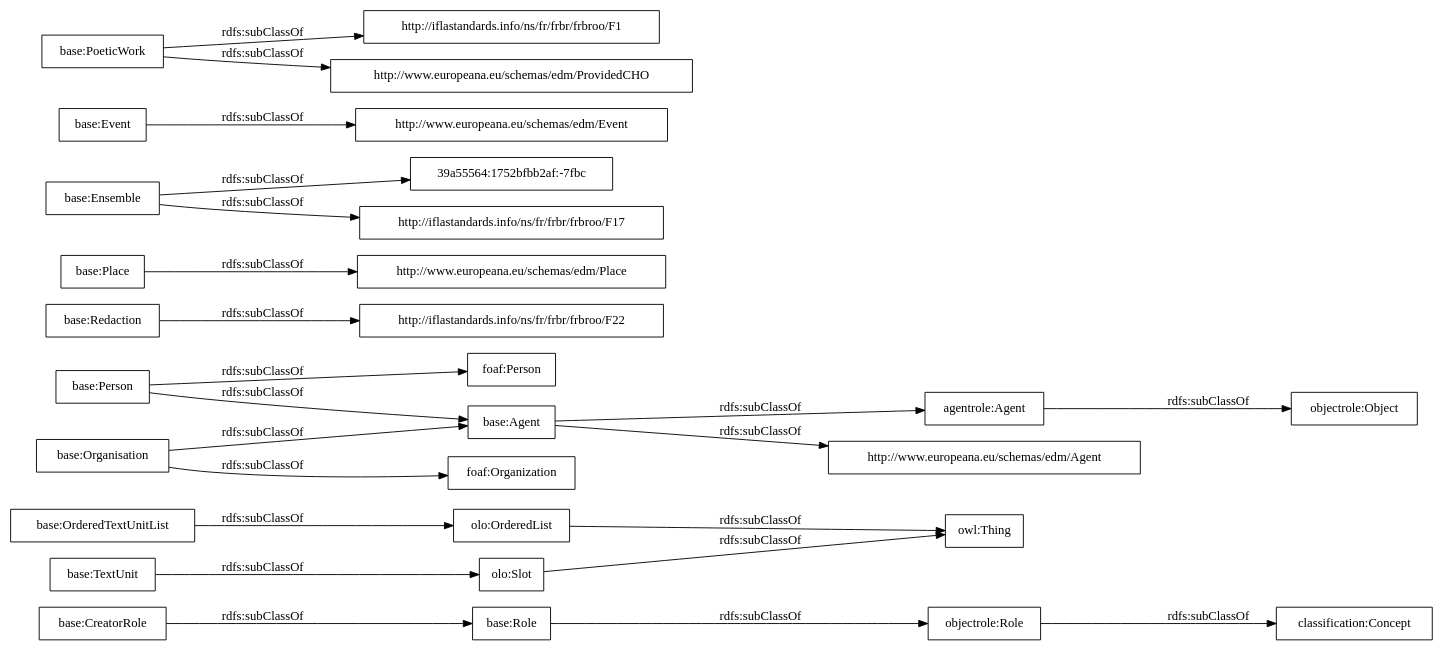
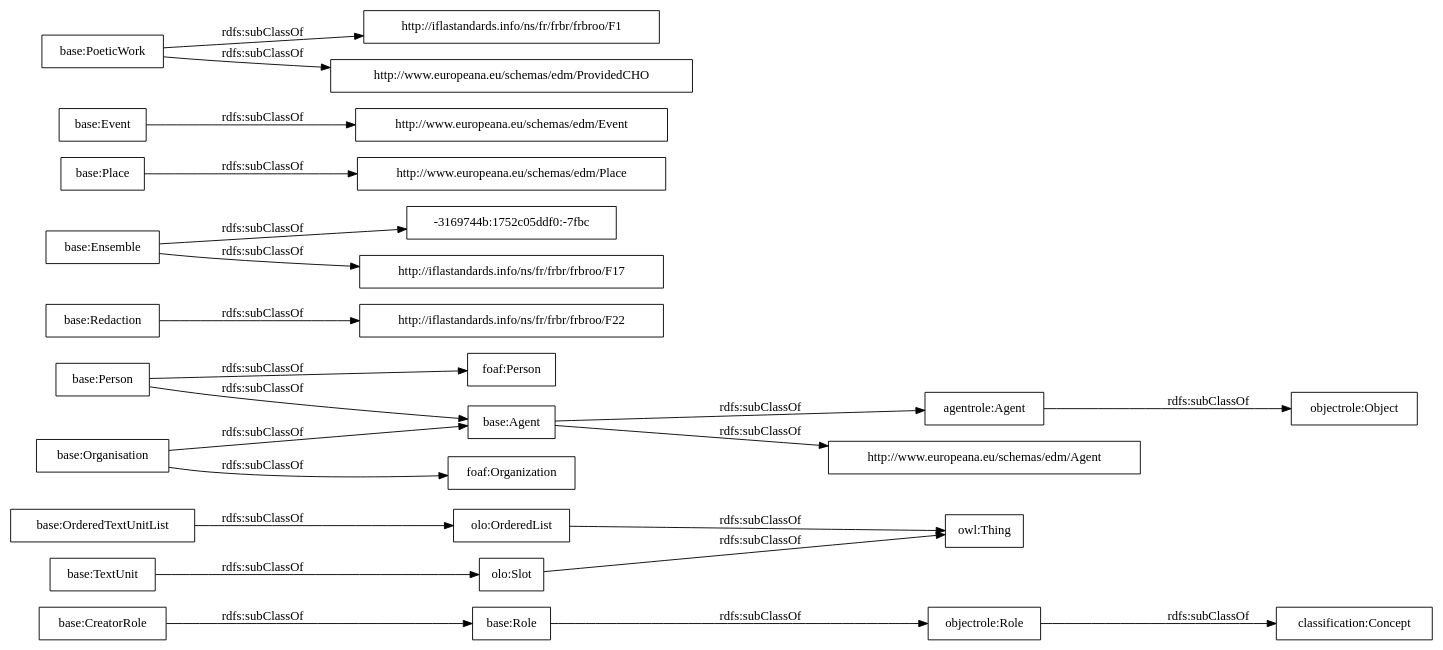
One commit to OnToologyUser/core-ontology-1 changed the diagram in OnToology/postdata-core.owl/diagrams/ar2dtool-taxonomy/postdata-core.owl.png.dot. Above: the diagram before and after it, drawn with Graphviz. The commit also changed 14 other files, not shown here.

```diff
--- a/OnToology/postdata-core.owl/diagrams/ar2dtool-taxonomy/postdata-core.owl.png.dot
+++ b/OnToology/postdata-core.owl/diagrams/ar2dtool-taxonomy/postdata-core.owl.png.dot
@@ -1,27 +1,27 @@
 digraph ar2dtool_diagram { 
 rankdir=LR;
 size="1000"
-node [shape = rectangle, color="black"]; "base:Role" "base:OrderedTextUnitList" "agentrole:Agent" "http://iflastandards.info/ns/fr/frbr/frbroo/F22" "http://www.europeana.eu/schemas/edm/Agent" "base:Agent" "base:CreatorRole" "base:Person" "base:Organisation" "http://www.europeana.eu/schemas/edm/Place" "base:Redaction" "foaf:Person" "base:Ensemble" "http://www.europeana.eu/schemas/edm/Event" "base:TextUnit" "http://iflastandards.info/ns/fr/frbr/frbroo/F1" "foaf:Organization" "http://www.europeana.eu/schemas/edm/ProvidedCHO" "base:Place" "base:Event" "39a55564:1752bfbb2af:-7fbc" "base:PoeticWork" "http://iflastandards.info/ns/fr/frbr/frbroo/F17" "owl:Thing" "objectrole:Role" "objectrole:Object" "olo:Slot" "olo:OrderedList" "classification:Concept" ; /*classes style*/
+node [shape = rectangle, color="black"]; "base:Role" "base:OrderedTextUnitList" "agentrole:Agent" "http://iflastandards.info/ns/fr/frbr/frbroo/F22" "http://www.europeana.eu/schemas/edm/Agent" "base:Agent" "base:CreatorRole" "base:Person" "-3169744b:1752c05ddf0:-7fbc" "base:Organisation" "http://www.europeana.eu/schemas/edm/Place" "base:Redaction" "foaf:Person" "base:Ensemble" "http://www.europeana.eu/schemas/edm/Event" "base:TextUnit" "http://iflastandards.info/ns/fr/frbr/frbroo/F1" "foaf:Organization" "http://www.europeana.eu/schemas/edm/ProvidedCHO" "base:Place" "base:Event" "base:PoeticWork" "http://iflastandards.info/ns/fr/frbr/frbroo/F17" "owl:Thing" "objectrole:Role" "objectrole:Object" "olo:Slot" "olo:OrderedList" "classification:Concept" ; /*classes style*/
 	"base:Redaction" -> "http://iflastandards.info/ns/fr/frbr/frbroo/F22" [ label = "rdfs:subClassOf" ];
 	"base:Role" -> "objectrole:Role" [ label = "rdfs:subClassOf" ];
 	"base:Event" -> "http://www.europeana.eu/schemas/edm/Event" [ label = "rdfs:subClassOf" ];
 	"base:Person" -> "foaf:Person" [ label = "rdfs:subClassOf" ];
 	"base:Person" -> "base:Agent" [ label = "rdfs:subClassOf" ];
 	"olo:OrderedList" -> "owl:Thing" [ label = "rdfs:subClassOf" ];
 	"olo:Slot" -> "owl:Thing" [ label = "rdfs:subClassOf" ];
 	"base:PoeticWork" -> "http://www.europeana.eu/schemas/edm/ProvidedCHO" [ label = "rdfs:subClassOf" ];
 	"base:PoeticWork" -> "http://iflastandards.info/ns/fr/frbr/frbroo/F1" [ label = "rdfs:subClassOf" ];
 	"base:TextUnit" -> "olo:Slot" [ label = "rdfs:subClassOf" ];
 	"agentrole:Agent" -> "objectrole:Object" [ label = "rdfs:subClassOf" ];
-	"base:Ensemble" -> "39a55564:1752bfbb2af:-7fbc" [ label = "rdfs:subClassOf" ];
+	"base:Ensemble" -> "-3169744b:1752c05ddf0:-7fbc" [ label = "rdfs:subClassOf" ];
 	"base:Ensemble" -> "http://iflastandards.info/ns/fr/frbr/frbroo/F17" [ label = "rdfs:subClassOf" ];
 	"base:OrderedTextUnitList" -> "olo:OrderedList" [ label = "rdfs:subClassOf" ];
 	"base:Agent" -> "agentrole:Agent" [ label = "rdfs:subClassOf" ];
 	"base:Agent" -> "http://www.europeana.eu/schemas/edm/Agent" [ label = "rdfs:subClassOf" ];
 	"objectrole:Role" -> "classification:Concept" [ label = "rdfs:subClassOf" ];
 	"base:Place" -> "http://www.europeana.eu/schemas/edm/Place" [ label = "rdfs:subClassOf" ];
 	"base:Organisation" -> "foaf:Organization" [ label = "rdfs:subClassOf" ];
 	"base:Organisation" -> "base:Agent" [ label = "rdfs:subClassOf" ];
 	"base:CreatorRole" -> "base:Role" [ label = "rdfs:subClassOf" ];
 
 }
```
